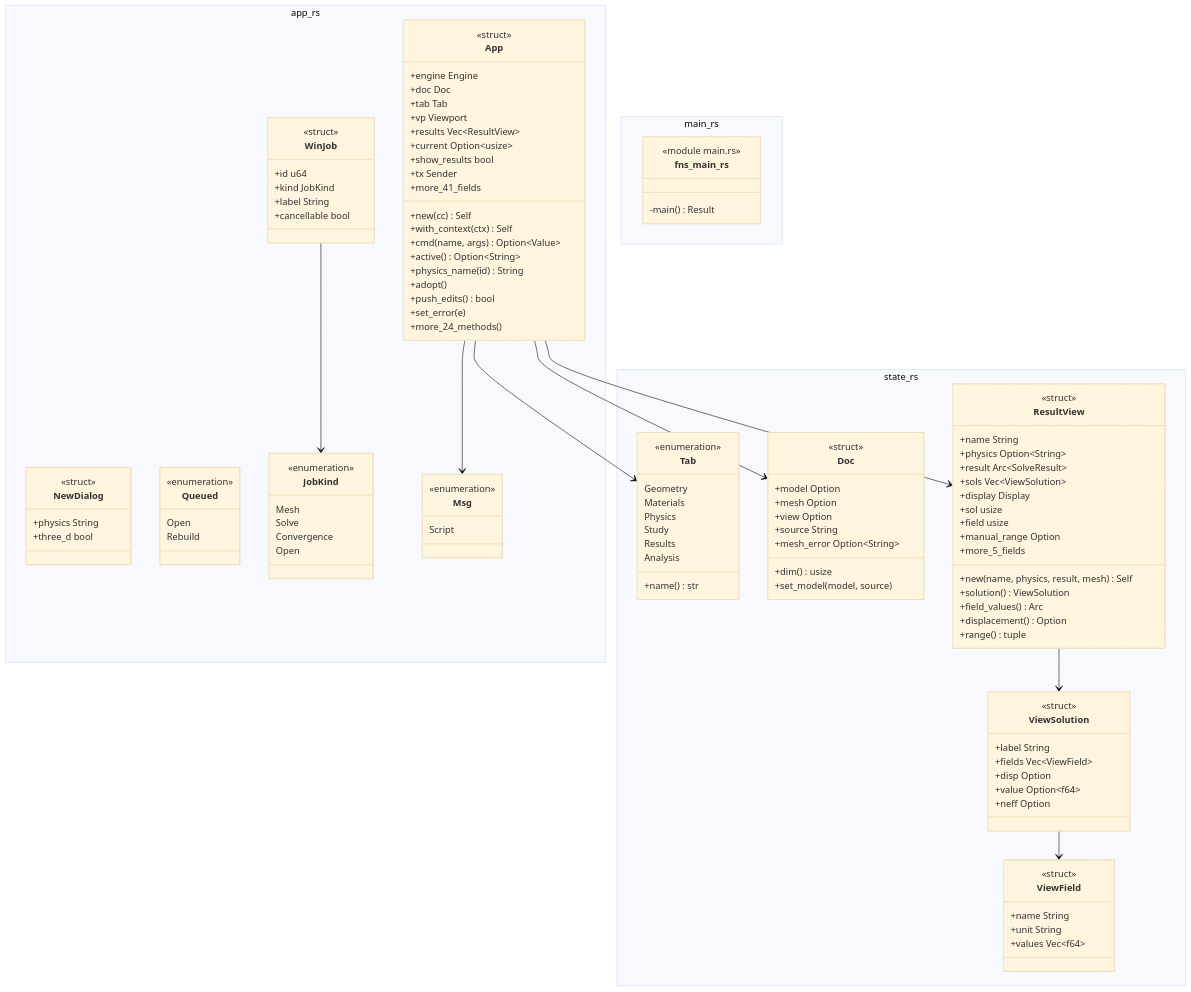
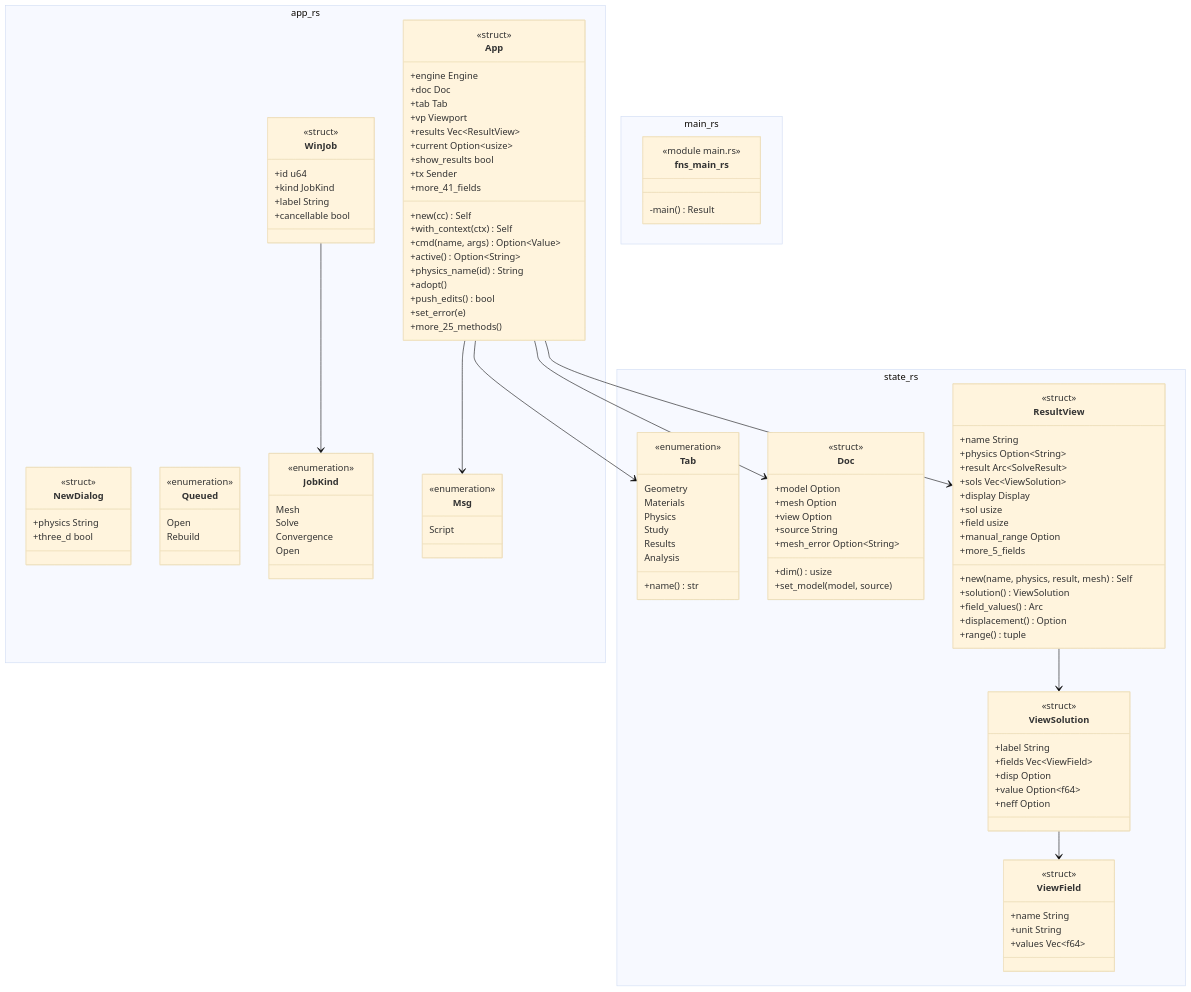
One commit to p-j-r/nyx changed the diagram in docs/architecture/c4/4-code/app/window.md. Above: the diagram before and after it, drawn with Mermaid (base theme). The commit also changed other lines of this file and 14 other files, not shown here.

Commit message:
M1 remainder: set_mesh takes the three mesh fields its schema lists (points_per_wavelength, structured_pml, max_dev; it refused them, and the window sends them), push_edits checks the geometry and mesh edits before applying either, job_wait takes timeout_s (ADR 87)

```diff
--- a/docs/architecture/c4/4-code/app/window.md
+++ b/docs/architecture/c4/4-code/app/window.md
@@ -89,7 +89,7 @@
         +adopt()
         +push_edits() bool
         +set_error(e)
-        +more_24_methods()
+        +more_25_methods()
     }
   }
   namespace main_rs {
```
